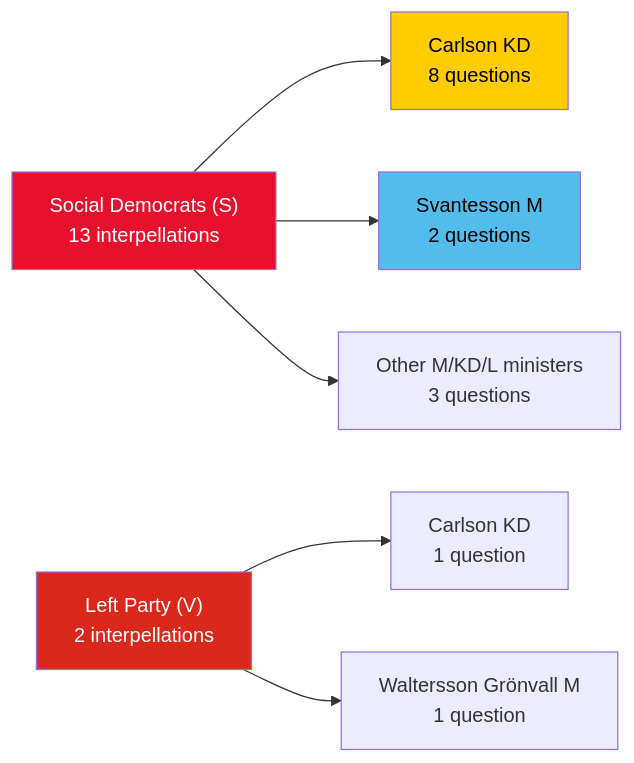
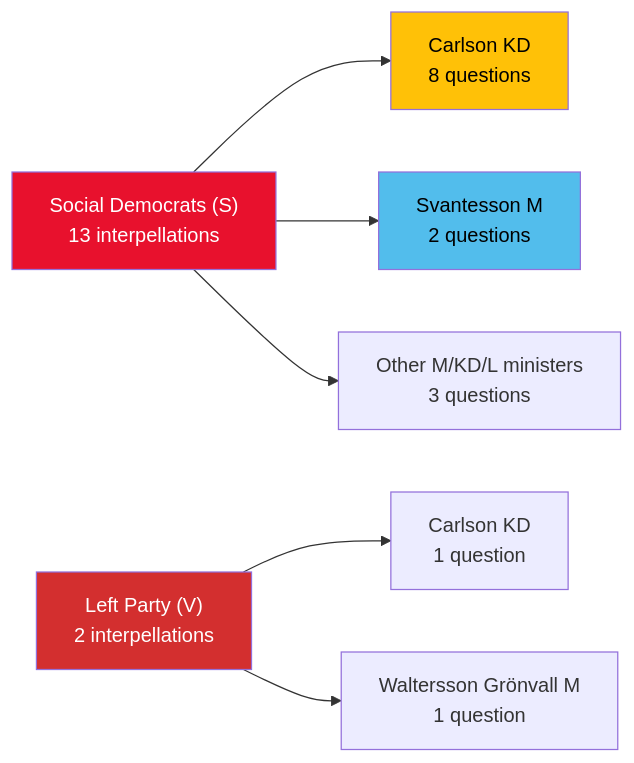
One commit to Hack23/riksdagsmonitor changed the second of 2 diagrams in analysis/daily/2026-04-07/interpellations/synthesis-summary.md. Above: the diagram before and after it, drawn with Mermaid. The commit also changed 785 other files, not shown here.

First line of the commit message:
Normalize mermaid colors across 786 analysis artifacts to ISMS Style Guide palette

````diff
--- a/analysis/daily/2026-04-07/interpellations/synthesis-summary.md
+++ b/analysis/daily/2026-04-07/interpellations/synthesis-summary.md
@@ -46,12 +46,12 @@
 ```mermaid
 flowchart LR
     S["Social Democrats (S)<br/>13 interpellations"] --> C1["Carlson KD<br/>8 questions"]
     S --> C2["Svantesson M<br/>2 questions"]
     S --> C3["Other M/KD/L ministers<br/>3 questions"]
     V["Left Party (V)<br/>2 interpellations"] --> C4["Carlson KD<br/>1 question"]
     V --> C5["Waltersson Grönvall M<br/>1 question"]
-    style S fill:#e8112d,color:#fff
-    style V fill:#da291c,color:#fff
-    style C1 fill:#ffcc00,color:#000
-    style C2 fill:#52bdec,color:#000
+    style S fill:#e8112d,color:#FFFFFF
+    style V fill:#D32F2F,color:#FFFFFF
+    style C1 fill:#FFC107,color:#000000
+    style C2 fill:#52bdec,color:#000000
 ```
````
